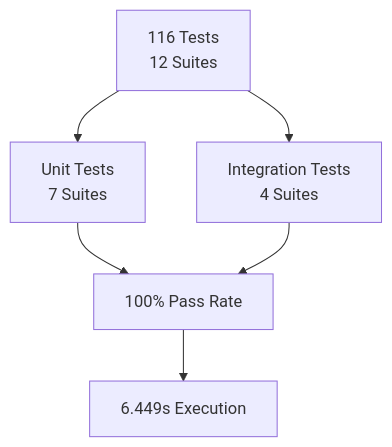
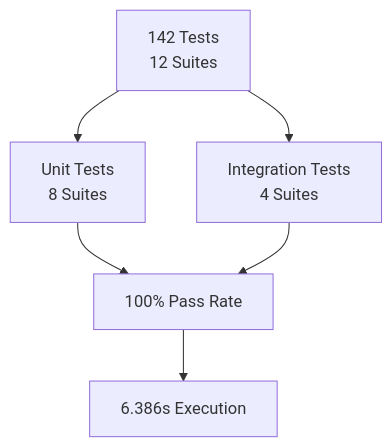
Before and after one commit to Interlaken0/temperature-plotter: the first of 2 diagrams in evidence/PERFORMANCE-METRICS.md, drawn with Mermaid. The commit also changed other lines of this file and 20 other files, not shown here.

````diff
--- a/evidence/PERFORMANCE-METRICS.md
+++ b/evidence/PERFORMANCE-METRICS.md
@@ -23,8 +23,8 @@
 ```mermaid
 graph TB
-    A[116 Tests<br/>12 Suites] --> B[Unit Tests<br/>7 Suites]
+    A[142 Tests<br/>12 Suites] --> B[Unit Tests<br/>8 Suites]
     A --> C[Integration Tests<br/>4 Suites]
     B --> D[100% Pass Rate]
     C --> D
-    D --> E[6.449s Execution]
+    D --> E[6.386s Execution]
 ```
````
